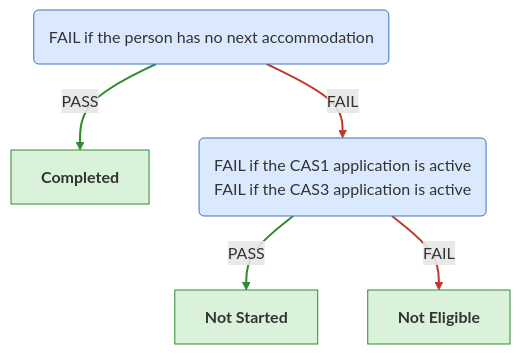
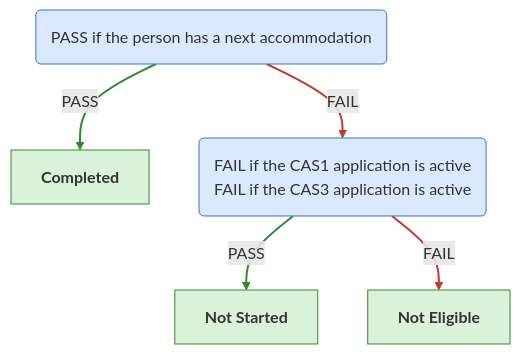
The sixth of 6 diagrams in docs/eligibility-rules-graph.md (ministryofjustice/hmpps-single-accommodation-service-api), drawn with Mermaid before and after one commit. The commit also changed other lines of this file and 14 other files, not shown here.

Commit message:
chore/SAS-1703-Adjust-layout-of-graphs-to-make-them-more-user-friendly

````diff
--- a/docs/eligibility-rules-graph.md
+++ b/docs/eligibility-rules-graph.md
@@ -783,21 +783,21 @@
 ```mermaid
 %%{init: {"flowchart": {"wrappingWidth": 800}}}%%
 flowchart TD
-  PASS_if_the_person_has_a_next_accommodation("<div style='text-align:left'>FAIL if the person has no next accommodation</div>")
+  PASS_if_the_person_has_a_next_accommodation("<div style='text-align:left'>PASS if the person has a next accommodation</div>")
   PA_COMPLETED["<b>Completed</b>"]
   PASS_if_the_CAS1_application_is_not_active_and_the_CAS3_application_is_not_active("<div style='text-align:left'>FAIL if the CAS1 application is active
 FAIL if the CAS3 application is active</div>")
   PA_NOT_STARTED["<b>Not Started</b>"]
   PA_NOT_ELIGIBLE["<b>Not Eligible</b>"]
   PASS_if_the_person_has_a_next_accommodation -->|PASS| PA_COMPLETED
   PASS_if_the_CAS1_application_is_not_active_and_the_CAS3_application_is_not_active -->|PASS| PA_NOT_STARTED
   PASS_if_the_CAS1_application_is_not_active_and_the_CAS3_application_is_not_active -->|FAIL| PA_NOT_ELIGIBLE
   PASS_if_the_person_has_a_next_accommodation -->|FAIL| PASS_if_the_CAS1_application_is_not_active_and_the_CAS3_application_is_not_active
   linkStyle 0,1 stroke:#2e8b2e,stroke-width:2px
   linkStyle 2,3 stroke:#c0392b,stroke-width:2px
   classDef ruleSetNode fill:#dbe9ff,stroke:#3b73c4,color:#333
   classDef outcomeNode fill:#d9f2d9,stroke:#2e8b2e,color:#333
   classDef updaterNode fill:#fff2cc,stroke:#c99a00,color:#333
   class PASS_if_the_person_has_a_next_accommodation,PASS_if_the_CAS1_application_is_not_active_and_the_CAS3_application_is_not_active ruleSetNode
   class PA_COMPLETED,PA_NOT_STARTED,PA_NOT_ELIGIBLE outcomeNode
 ```
````
